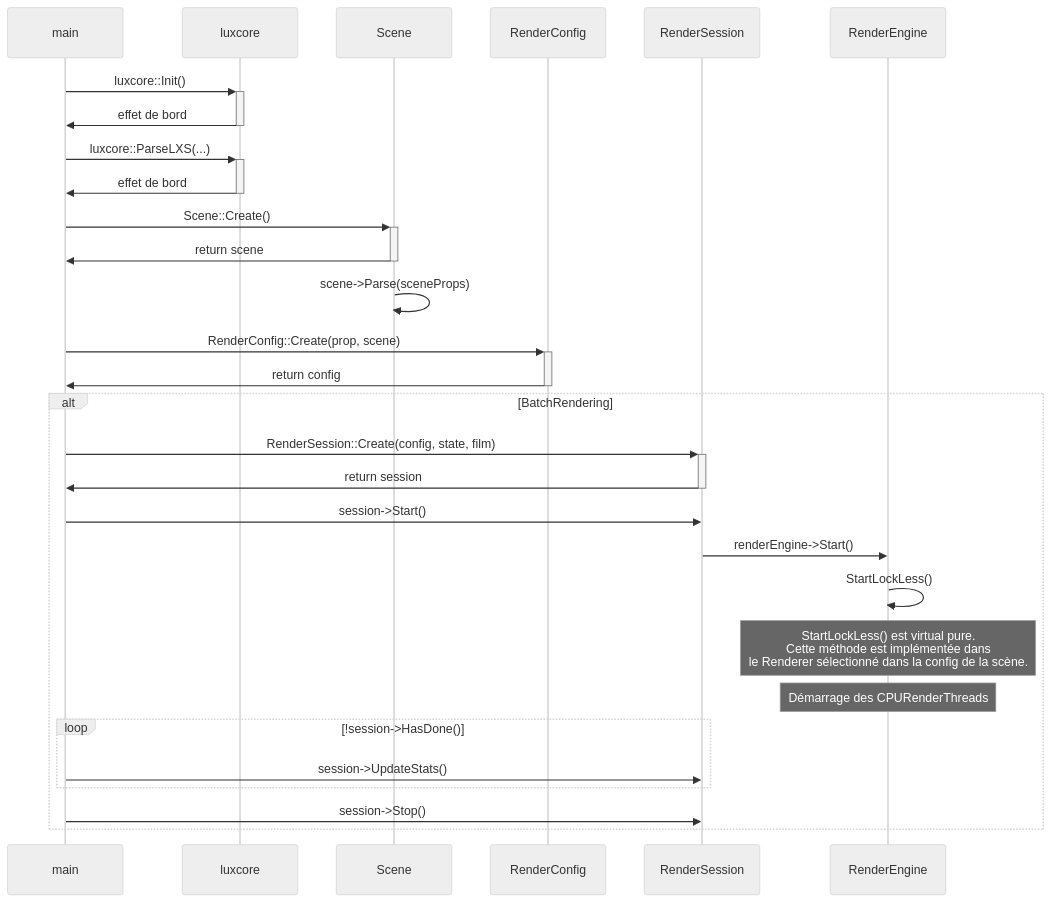
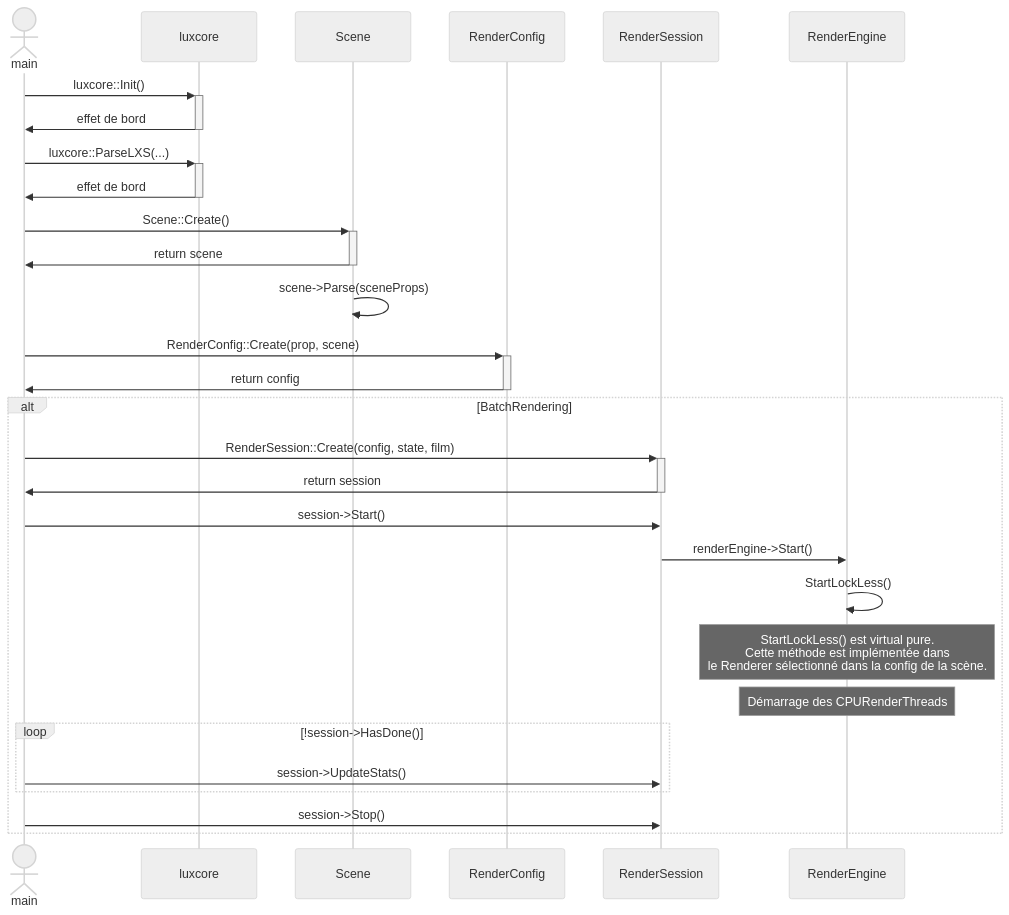
Before and after one commit to ThePrincelle/AALOO: the diagram in startLockLess.mmd, drawn with Mermaid (neutral theme).

Commit message:
💩 testing diagrams auto-update

```diff
--- a/startLockLess.mmd
+++ b/startLockLess.mmd
@@ -1,35 +1,35 @@
 sequenceDiagram
-    participant main
+    actor main
     participant luxcore
     participant Scene
     participant RConfig as RenderConfig
     participant RSession as RenderSession
     participant REngine as RenderEngine
 
     main ->>+ luxcore: luxcore::Init()
     luxcore ->>- main: effet de bord
     main ->>+ luxcore: luxcore::ParseLXS(...)
     luxcore ->>- main: effet de bord
 
     main ->>+ Scene: Scene::Create()
     Scene ->>- main: return scene
 
     Scene ->> Scene: scene->Parse(sceneProps)
 
     main ->>+ RConfig: RenderConfig::Create(prop, scene)
     RConfig ->>- main: return config
 
     alt BatchRendering
         main ->>+ RSession: RenderSession::Create(config, state, film)
         RSession ->>- main: return session
 
         main ->> RSession: session->Start()
         RSession ->> REngine: renderEngine->Start()
         REngine ->> REngine: StartLockLess()
         Note over REngine: StartLockLess() est virtual pure.<br/>Cette méthode est implémentée dans<br/>le Renderer sélectionné dans la config de la scène.
         Note over REngine: Démarrage des CPURenderThreads
         loop !session->HasDone()
             main ->> RSession: session->UpdateStats()
         end
         main ->> RSession: session->Stop()
     end
```
